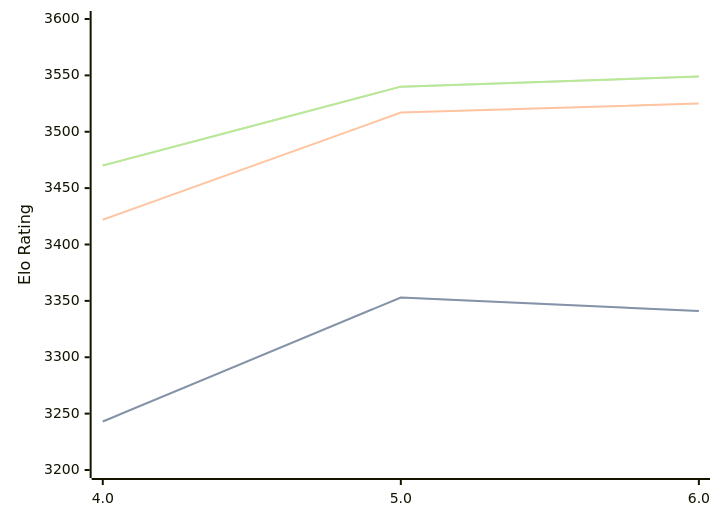
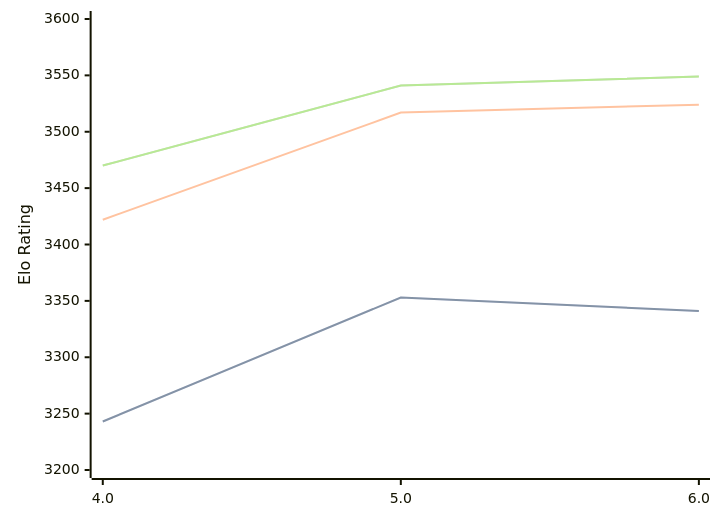
One commit to computer-chess-index/cci changed the diagram in engines/Tarnished.md. Above: the diagram before and after it, drawn with Mermaid. The commit also changed other lines of this file, not shown here.

Commit message:
Update CCI Ratings (ELO VLTC) - 2026-08-17

````diff
--- a/engines/Tarnished.md
+++ b/engines/Tarnished.md
@@ -33,11 +33,11 @@
 ```mermaid
 %%{init: {"theme":"base","themeVariables":{"seriesColors:['#a3a3a3','#222221','#faa371']}}}%%
 xychart-beta
   x-axis ["4.0", "5.0", "6.0"]
   y-axis "Elo Rating" 3200 --> 3600
   line "STC (8.0+0.08s)" [3243, 3353, 3341]
   line "STC (8.0+0.08s)" [3243, 3353, 3341]
-  line "LTC (60.0+0.60s)" [3422, 3517, 3525]
-  line "VLTC (2m24s+1.12s)" [3470, 3540, 3549]
-  line "VLTC (2m24s+1.12s)" [3470, 3540, 3549]
+  line "LTC (60.0+0.60s)" [3422, 3517, 3524]
+  line "VLTC (2m24s+1.12s)" [3470, 3541, 3549]
+  line "VLTC (2m24s+1.12s)" [3470, 3541, 3549]
 ```
````
